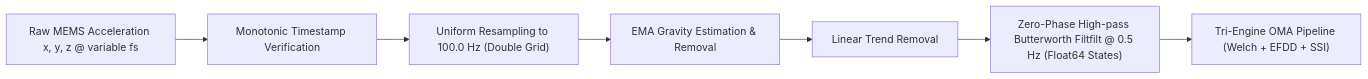
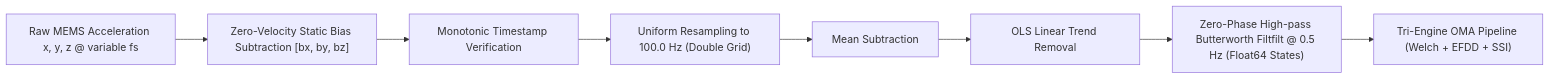
The first of 2 diagrams in docs/DSP_AND_MODAL_ANALYSIS.md (intellibits28/PhoneSHM), drawn with Mermaid before and after one commit. The commit also changed other lines of this file and 26 other files, not shown here.

````diff
--- a/docs/DSP_AND_MODAL_ANALYSIS.md
+++ b/docs/DSP_AND_MODAL_ANALYSIS.md
@@ -19,9 +19,10 @@
 ```mermaid
 flowchart LR
-    Raw["Raw MEMS Acceleration x, y, z @ variable fs"] --> Monotonic[Monotonic Timestamp Verification]
+    Raw["Raw MEMS Acceleration x, y, z @ variable fs"] --> BiasSub["Zero-Velocity Static Bias Subtraction [bx, by, bz]"]
+    BiasSub --> Monotonic[Monotonic Timestamp Verification]
     Monotonic --> Resample["Uniform Resampling to 100.0 Hz (Double Grid)"]
-    Resample --> EMA[EMA Gravity Estimation & Removal]
-    EMA --> Detrend[Linear Trend Removal]
+    Resample --> MeanSub[Mean Subtraction]
+    MeanSub --> Detrend[OLS Linear Trend Removal]
     Detrend --> FiltFilt["Zero-Phase High-pass Butterworth Filtfilt @ 0.5 Hz (Float64 States)"]
     FiltFilt --> TriEngine["Tri-Engine OMA Pipeline (Welch + EFDD + SSI)"]
 ```
````
